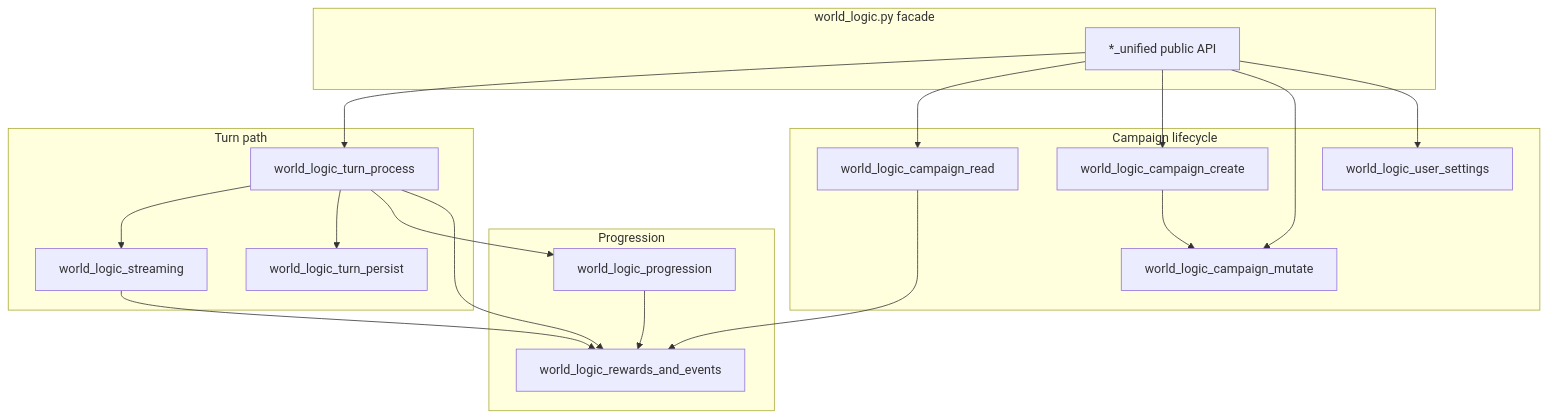
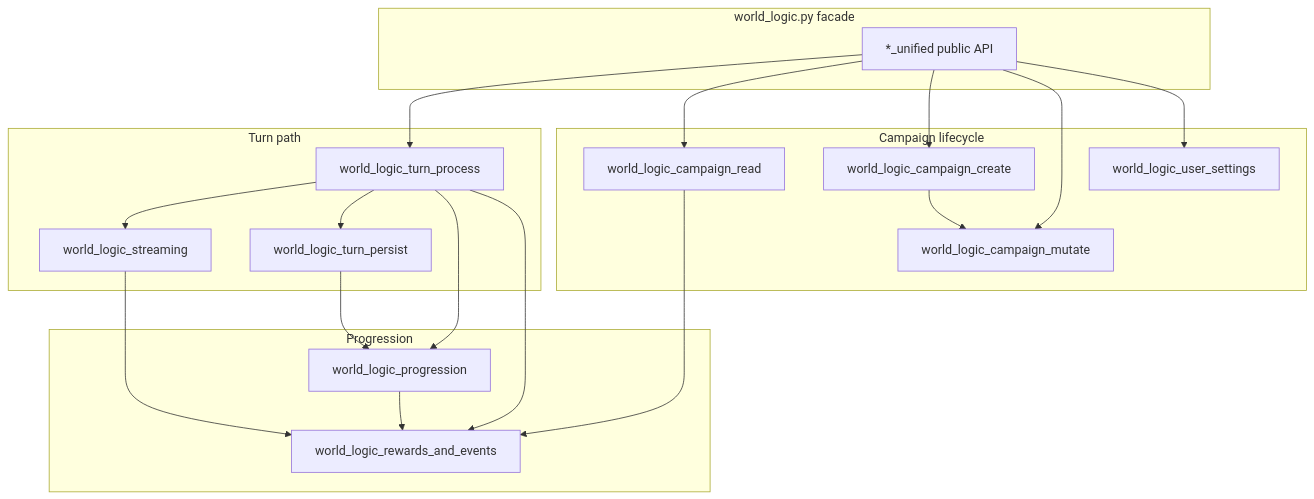
Before and after one commit to jleechanorg/worldarchitect-roadmap: the diagram in 2026-10-12-0135-world-logic-modularization-plan.md, drawn with Mermaid. The commit also changed other lines of this file, not shown here.

````diff
--- a/2026-10-12-0135-world-logic-modularization-plan.md
+++ b/2026-10-12-0135-world-logic-modularization-plan.md
@@ -101,34 +132,35 @@
 ```mermaid
 flowchart TB
   subgraph facade["world_logic.py facade"]
     API["*_unified public API"]
   end
   subgraph turn["Turn path"]
     TAP["world_logic_turn_process"]
     TS["world_logic_streaming"]
     TP["world_logic_turn_persist"]
   end
   subgraph progression["Progression"]
     WR["world_logic_rewards_and_events"]
     WP["world_logic_progression"]
   end
   subgraph campaign["Campaign lifecycle"]
     CC["world_logic_campaign_create"]
     CR["world_logic_campaign_read"]
     CM["world_logic_campaign_mutate"]
     US["world_logic_user_settings"]
   end
   API --> TAP
   API --> CR
   API --> CC
   API --> CM
   API --> US
   TAP --> TS
   TAP --> TP
   TAP --> WP
   TAP --> WR
+  TP --> WP
   TS --> WR
   CR --> WR
   WP --> WR
   CC --> CM
 ```
````
